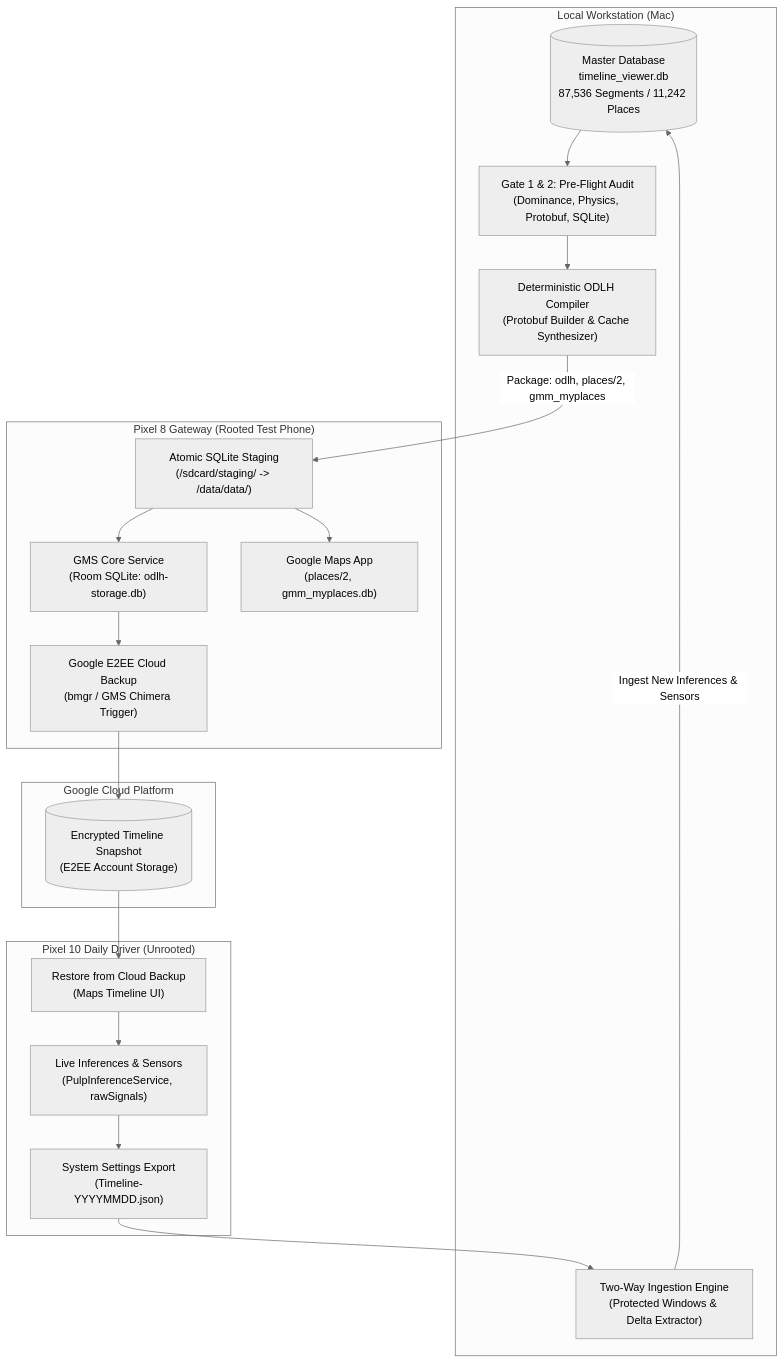
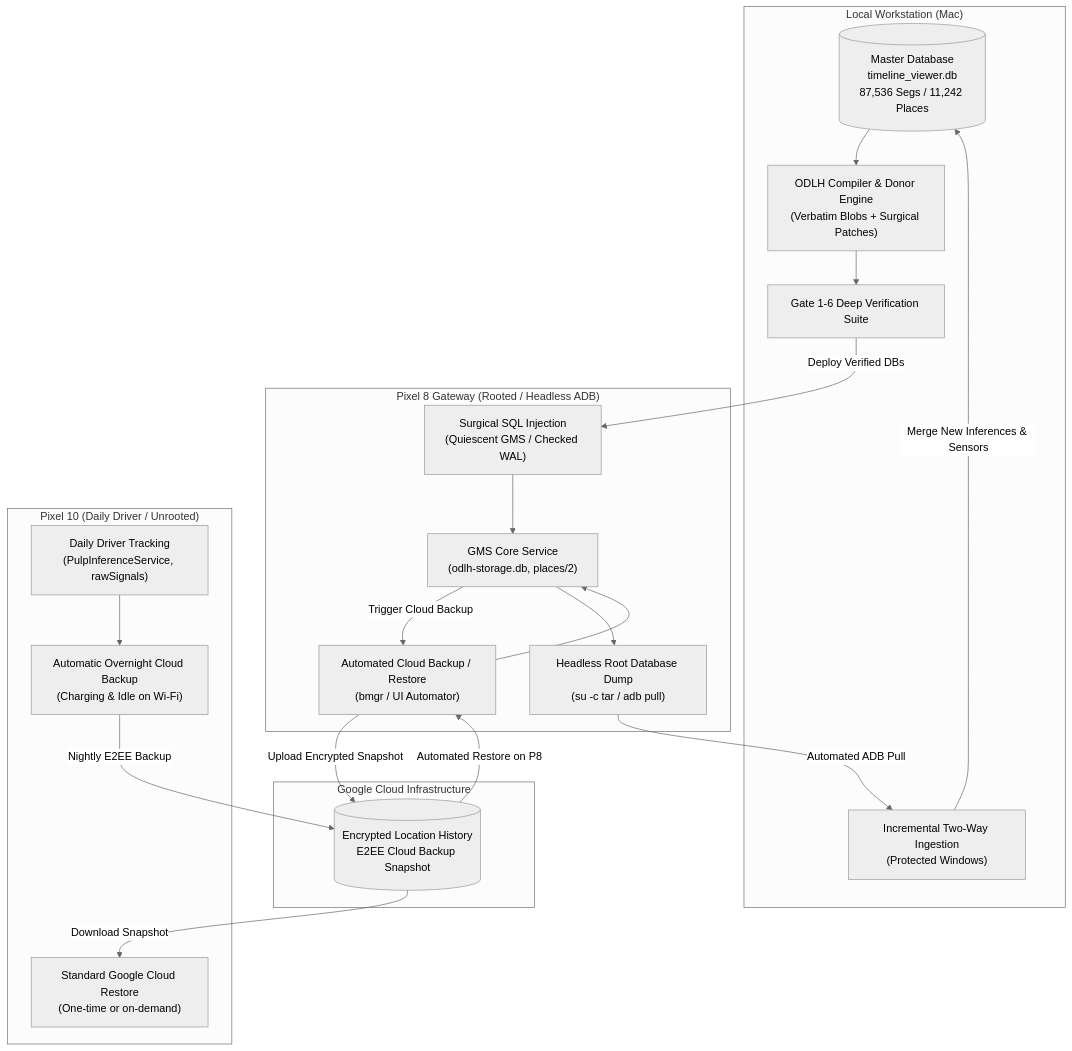
The diagram in docs/ROUNDTRIP_SYNC_SPECIFICATION.md (gregorrothfuss/mylifebits), drawn with Mermaid (neutral theme) before and after one commit. The commit also changed other lines of this file, not shown here.

First line of the commit message:
refactor(spec): eliminate manual phone export and replace fragile protobuf synthesis

````diff
--- a/docs/ROUNDTRIP_SYNC_SPECIFICATION.md
+++ b/docs/ROUNDTRIP_SYNC_SPECIFICATION.md
@@ -53,39 +53,44 @@
 ```mermaid
 flowchart TD
     subgraph Local_Workstation ["Local Workstation (Mac)"]
-        MASTER_DB[("Master Database<br/>timeline_viewer.db<br/>87,536 Segments / 11,242 Places")]
-        COMPILER["Deterministic ODLH Compiler<br/>(Protobuf Builder & Cache Synthesizer)"]
-        GATE_PRE["Gate 1 & 2: Pre-Flight Audit<br/>(Dominance, Physics, Protobuf, SQLite)"]
-        MERGE_ENG["Two-Way Ingestion Engine<br/>(Protected Windows & Delta Extractor)"]
+        MASTER_DB[("Master Database<br/>timeline_viewer.db<br/>87,536 Segs / 11,242 Places")]
+        COMPILER["ODLH Compiler & Donor Engine<br/>(Verbatim Blobs + Surgical Patches)"]
+        DIFF_AUDIT["Gate 1-6 Deep Verification Suite"]
+        INGEST_ENG["Incremental Two-Way Ingestion<br/>(Protected Windows)"]
     end
 
-    subgraph Pixel8_Gateway ["Pixel 8 Gateway (Rooted Test Phone)"]
-        ADB_PUSH["Atomic SQLite Staging<br/>(/sdcard/staging/ -> /data/data/)"]
-        P8_GMS["GMS Core Service<br/>(Room SQLite: odlh-storage.db)"]
-        P8_MAPS["Google Maps App<br/>(places/2, gmm_myplaces.db)"]
-        P8_BACKUP["Google E2EE Cloud Backup<br/>(bmgr / GMS Chimera Trigger)"]
+    subgraph Pixel8_Gateway ["Pixel 8 Gateway (Rooted / Headless ADB)"]
+        P8_SQL["Surgical SQL Injection<br/>(Quiescent GMS / Checked WAL)"]
+        P8_GMS["GMS Core Service<br/>(odlh-storage.db, places/2)"]
+        P8_BMGR["Automated Cloud Backup / Restore<br/>(bmgr / UI Automator)"]
+        P8_EXTRACT["Headless Root Database Dump<br/>(su -c tar / adb pull)"]
     end
 
-    subgraph Cloud_Plane ["Google Cloud Platform"]
-        G_CLOUD[("Encrypted Timeline Snapshot<br/>(E2EE Account Storage)")]
+    subgraph Google_Cloud ["Google Cloud Infrastructure"]
+        G_BACKUP[("Encrypted Location History<br/>E2EE Cloud Backup Snapshot")]
     end
 
-    subgraph Pixel10_Prod ["Pixel 10 Daily Driver (Unrooted)"]
-        P10_RESTORE["Restore from Cloud Backup<br/>(Maps Timeline UI)"]
-        P10_LIVE["Live Inferences & Sensors<br/>(PulpInferenceService, rawSignals)"]
-        P10_EXPORT["System Settings Export<br/>(Timeline-YYYYMMDD.json)"]
+    subgraph Pixel10_Prod ["Pixel 10 (Daily Driver / Unrooted)"]
+        P10_RESTORE["Standard Google Cloud Restore<br/>(One-time or on-demand)"]
+        P10_LIVE["Daily Driver Tracking<br/>(PulpInferenceService, rawSignals)"]
+        P10_AUTO_BACKUP["Automatic Overnight Cloud Backup<br/>(Charging & Idle on Wi-Fi)"]
     end
 
-    MASTER_DB --> GATE_PRE
-    GATE_PRE --> COMPILER
-    COMPILER -->|"Package: odlh, places/2, gmm_myplaces"| ADB_PUSH
-    ADB_PUSH --> P8_GMS
-    ADB_PUSH --> P8_MAPS
-    P8_GMS --> P8_BACKUP
-    P8_BACKUP --> G_CLOUD
-    G_CLOUD --> P10_RESTORE
-    P10_RESTORE --> P10_LIVE
-    P10_LIVE --> P10_EXPORT
-    P10_EXPORT --> MERGE_ENG
-    MERGE_ENG -->|"Ingest New Inferences & Sensors"| MASTER_DB
+    %% FORWARD SYNC
+    MASTER_DB --> COMPILER
+    COMPILER --> DIFF_AUDIT
+    DIFF_AUDIT -->|"Deploy Verified DBs"| P8_SQL
+    P8_SQL --> P8_GMS
+    P8_GMS -->|"Trigger Cloud Backup"| P8_BMGR
+    P8_BMGR -->|"Upload Encrypted Snapshot"| G_BACKUP
+    G_BACKUP -->|"Download Snapshot"| P10_RESTORE
+
+    %% REVERSE SYNC (AUTOMATED)
+    P10_LIVE --> P10_AUTO_BACKUP
+    P10_AUTO_BACKUP -->|"Nightly E2EE Backup"| G_BACKUP
+    G_BACKUP -->|"Automated Restore on P8"| P8_BMGR
+    P8_BMGR --> P8_GMS
+    P8_GMS --> P8_EXTRACT
+    P8_EXTRACT -->|"Automated ADB Pull"| INGEST_ENG
+    INGEST_ENG -->|"Merge New Inferences & Sensors"| MASTER_DB
 ```
````
